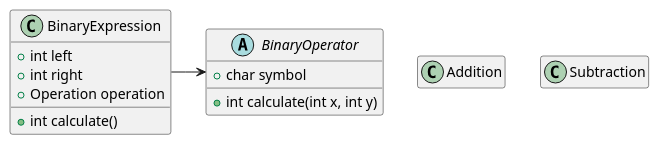
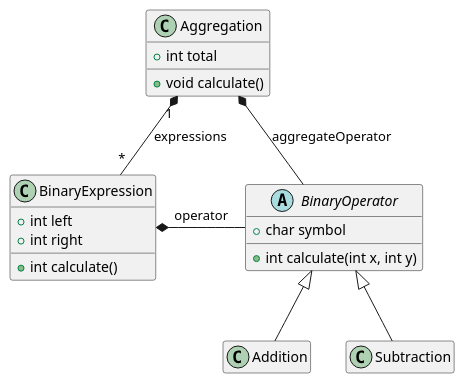
The diagram in docs/domainmodel.puml (jonasbha/SOLID), drawn with PlantUML before and after one commit. The commit also changed 2 other files, not shown here.

Commit message:
Diagrams for last steps to nirvana

```diff
--- a/docs/domainmodel.puml
+++ b/docs/domainmodel.puml
@@ -1,25 +1,34 @@
 @startuml
 
 hide empty members
 
+class Aggregation {
+    + int total
+    + void calculate()
+}
+
 class BinaryExpression {
     + int left
     + int right
-    + Operation operation
     + int calculate()
 }
 
 abstract class BinaryOperator {
     + char symbol
     + int calculate(int x, int y)
 }
 
 class Addition {
 }
 
 class Subtraction {
 }
 
-BinaryExpression -> BinaryOperator
+Aggregation "1" *-- "*" BinaryExpression : expressions
+Aggregation *-- BinaryOperator : aggregateOperator
+
+BinaryExpression *- BinaryOperator : operator
+Addition -up-|> BinaryOperator
+Subtraction -up-|> BinaryOperator
 
 @enduml
```
